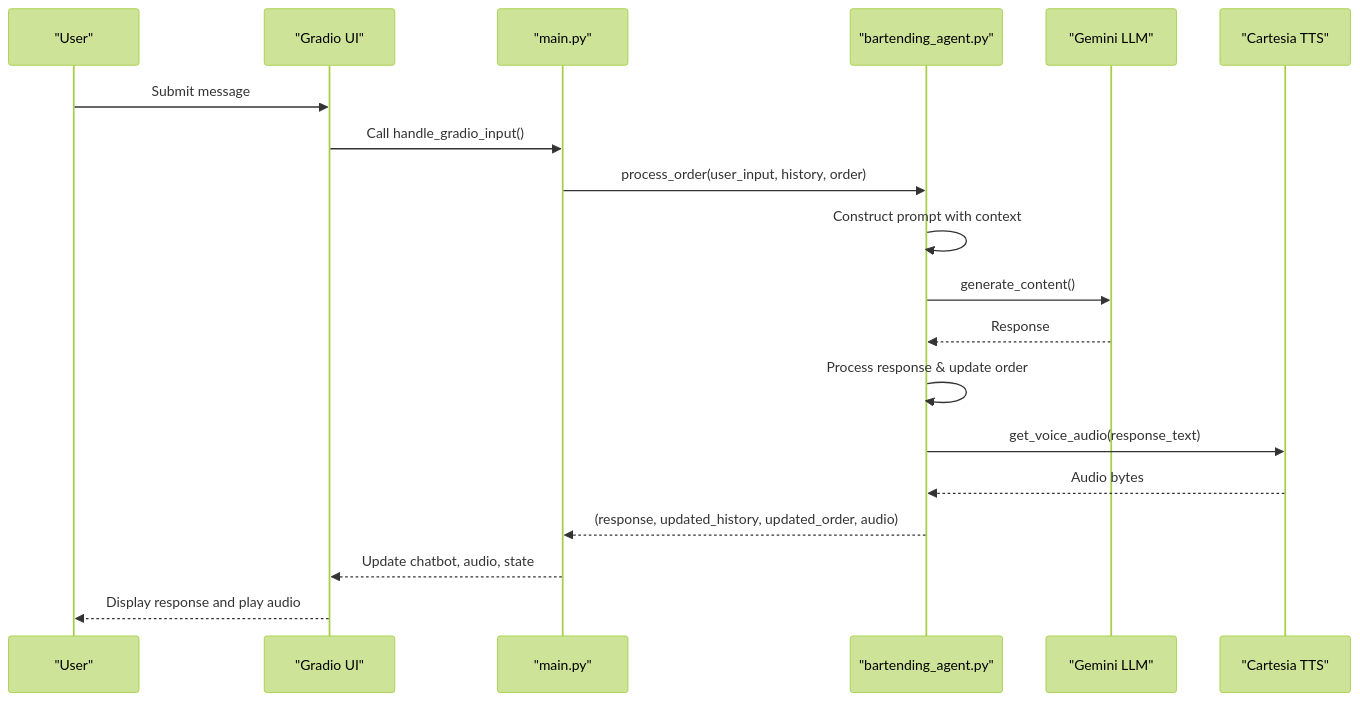
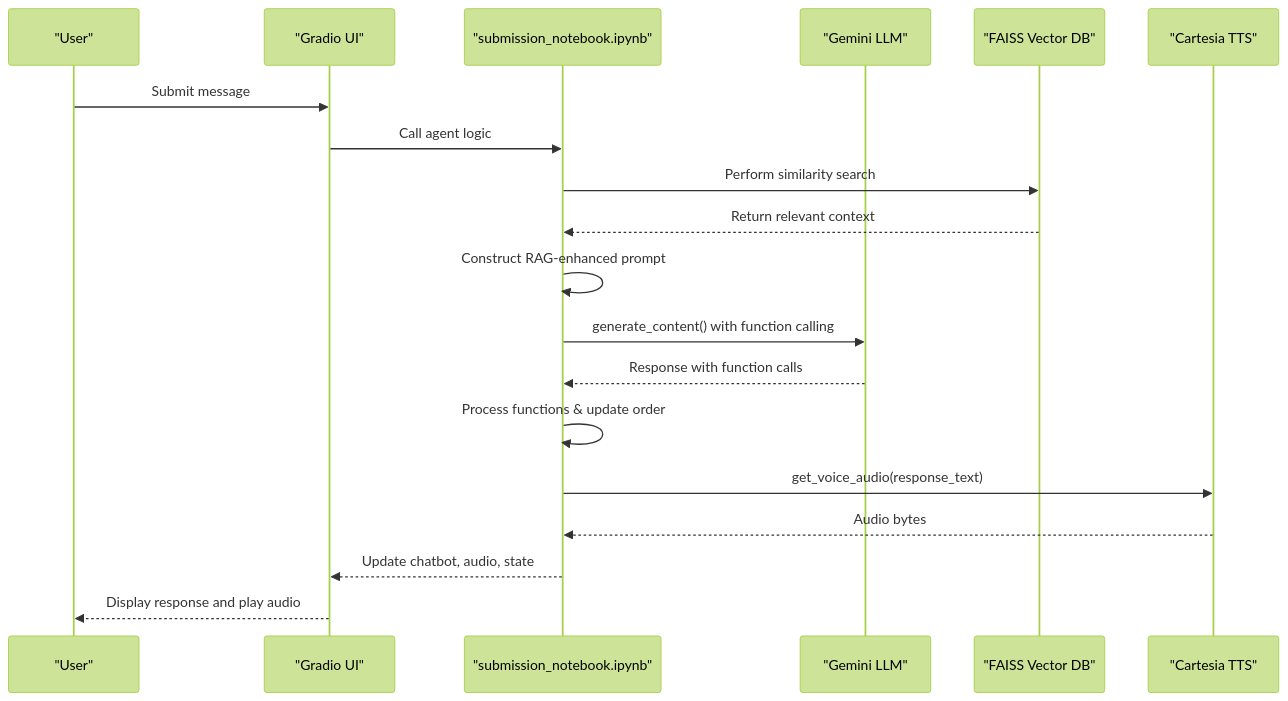
One commit to MOK-5-ha/MayaBartendingAgent changed the second of 4 diagrams in .qoder/repowiki/en/content/AI Integration/AI Integration.md. Above: the diagram before and after it, drawn with Mermaid (forest theme). The commit also changed other lines of this file and 14 other files, not shown here.

````diff
--- a/.qoder/repowiki/en/content/AI Integration/AI Integration.md
+++ b/.qoder/repowiki/en/content/AI Integration/AI Integration.md
@@ -72,21 +77,21 @@
 ```mermaid
 sequenceDiagram
 participant User as "User"
 participant Gradio as "Gradio UI"
-participant Main as "main.py"
-participant Agent as "bartending_agent.py"
+participant Notebook as "submission_notebook.ipynb"
 participant Gemini as "Gemini LLM"
+participant FAISS as "FAISS Vector DB"
 participant Cartesia as "Cartesia TTS"
 User->>Gradio : Submit message
-Gradio->>Main : Call handle_gradio_input()
-Main->>Agent : process_order(user_input, history, order)
-Agent->>Agent : Construct prompt with context
-Agent->>Gemini : generate_content()
-Gemini-->>Agent : Response
-Agent->>Agent : Process response & update order
-Agent->>Cartesia : get_voice_audio(response_text)
-Cartesia-->>Agent : Audio bytes
-Agent-->>Main : (response, updated_history, updated_order, audio)
-Main-->>Gradio : Update chatbot, audio, state
+Gradio->>Notebook : Call agent logic
+Notebook->>FAISS : Perform similarity search
+FAISS-->>Notebook : Return relevant context
+Notebook->>Notebook : Construct RAG-enhanced prompt
+Notebook->>Gemini : generate_content() with function calling
+Gemini-->>Notebook : Response with function calls
+Notebook->>Notebook : Process functions & update order
+Notebook->>Cartesia : get_voice_audio(response_text)
+Cartesia-->>Notebook : Audio bytes
+Notebook-->>Gradio : Update chatbot, audio, state
 Gradio-->>User : Display response and play audio
 ```
````
